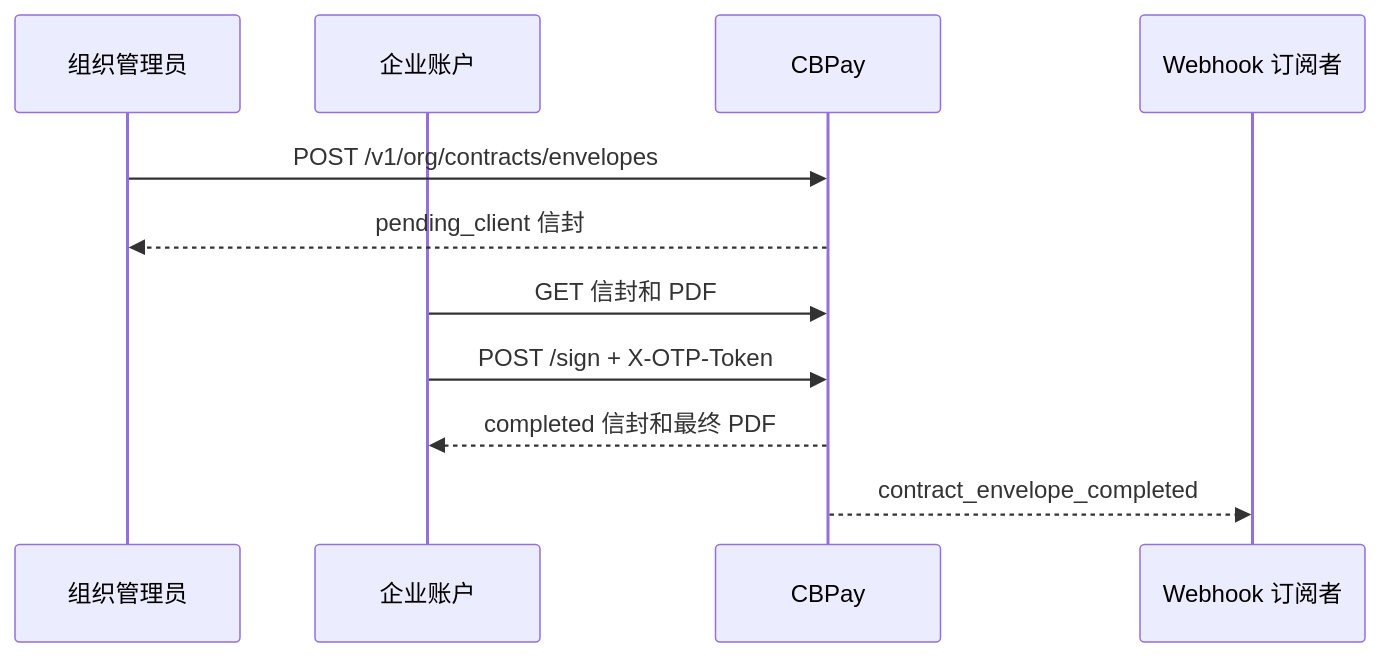
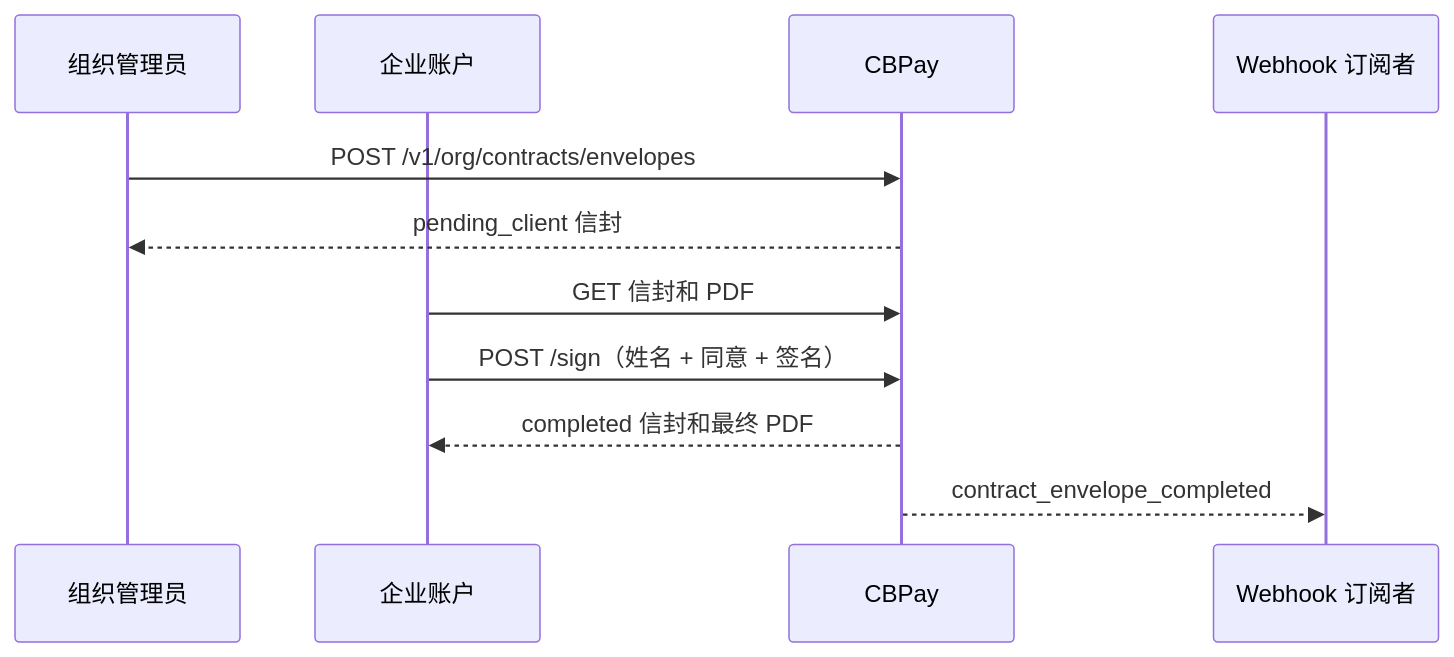
One commit to CBpayapp/cbpay-docs changed the diagram in zh/guides/contract-agreement.mdx. Above: the diagram before and after it, drawn with Mermaid. The commit also changed other lines of this file and 8 other files, not shown here.

````diff
--- a/zh/guides/contract-agreement.mdx
+++ b/zh/guides/contract-agreement.mdx
@@ -17,13 +18,13 @@
 ```mermaid
 sequenceDiagram
   participant A as 组织管理员
   participant C as 企业账户
   participant P as CBPay
   participant W as Webhook 订阅者
   A->>P: POST /v1/org/contracts/envelopes
   P-->>A: pending_client 信封
   C->>P: GET 信封和 PDF
-  C->>P: POST /sign + X-OTP-Token
+  C->>P: POST /sign（姓名 + 同意 + 签名）
   P-->>C: completed 信封和最终 PDF
   P-->>W: contract_envelope_completed
 ```
````
